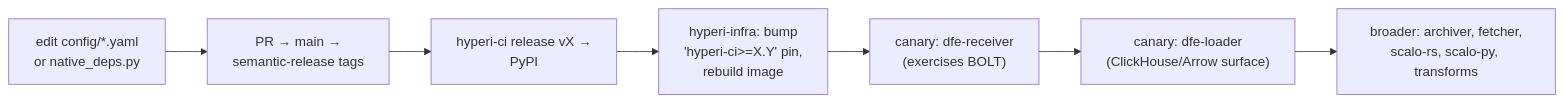
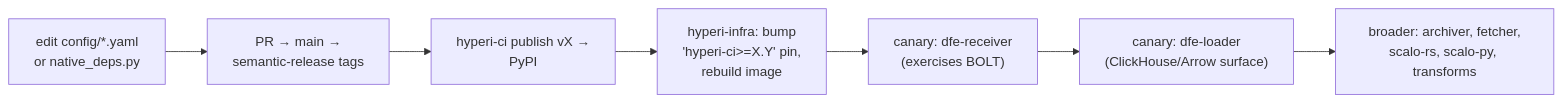
The diagram in docs/runtime/arc-operations.md (hyperi-io/hyperi-ci), drawn with Mermaid before and after one commit. The commit also changed other lines of this file and 9 other files, not shown here.

````diff
--- a/docs/runtime/arc-operations.md
+++ b/docs/runtime/arc-operations.md
@@ -56,9 +56,9 @@
 ```mermaid
 flowchart LR
     E["edit config/*.yaml<br/>or native_deps.py"] --> PR["PR → main →<br/>semantic-release tags"]
-    PR --> PUB["hyperi-ci release vX →<br/>PyPI"]
+    PR --> PUB["hyperi-ci publish vX →<br/>PyPI"]
     PUB --> BUMP["hyperi-infra: bump<br/>'hyperi-ci>=X.Y' pin,<br/>rebuild image"]
     BUMP --> C1["canary: dfe-receiver<br/>(exercises BOLT)"]
     C1 --> C2["canary: dfe-loader<br/>(ClickHouse/Arrow surface)"]
     C2 --> ALL["broader: archiver, fetcher,<br/>scalo-rs, scalo-py, transforms"]
 ```
````
